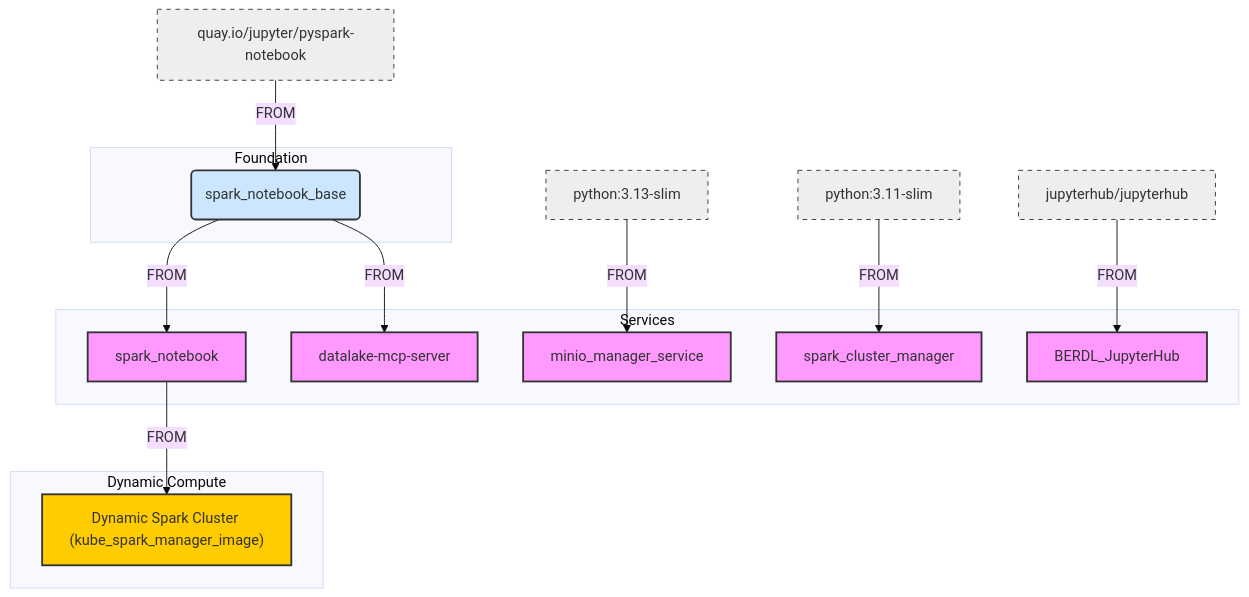
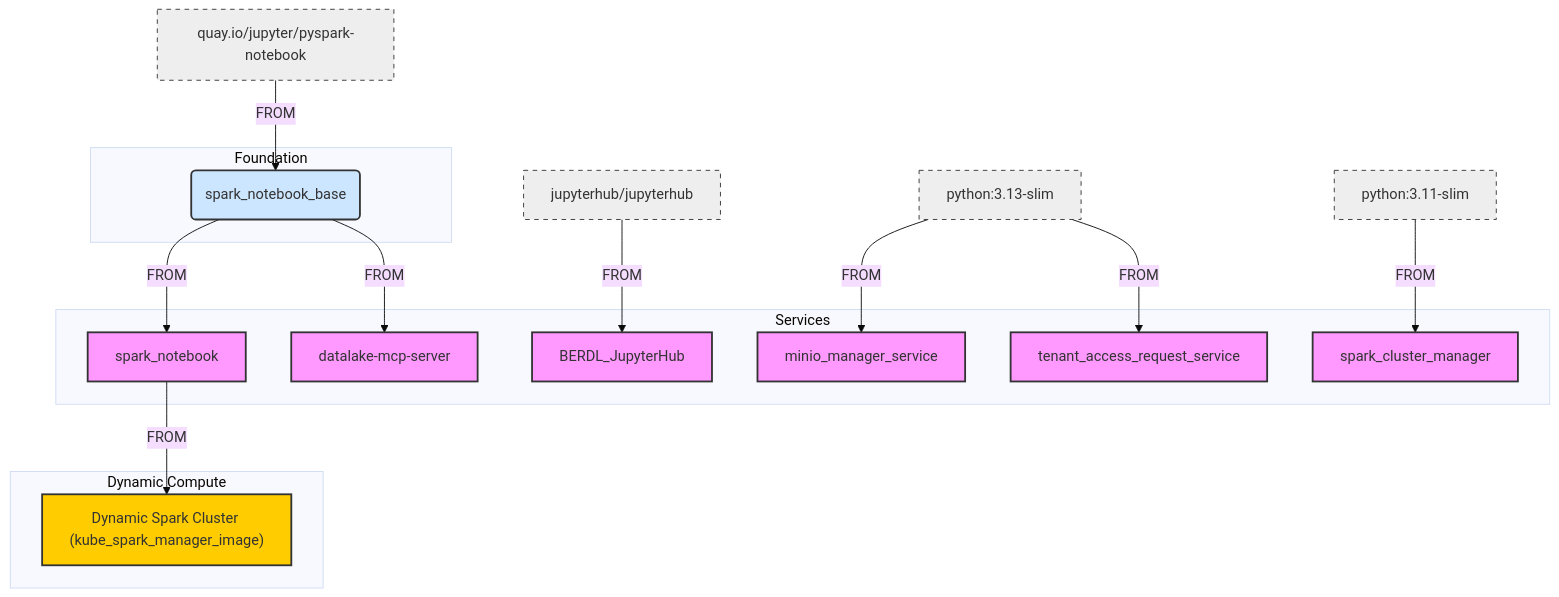
Before and after one commit to BERDataLakehouse/berdl_docs: the second of 3 diagrams in README.md, drawn with Mermaid (base theme). The commit also changed other lines of this file and 3 other files, not shown here.

````diff
--- a/README.md
+++ b/README.md
@@ -88,50 +100,52 @@
 ```mermaid
 graph TD
     %% Base Images
     JQ[quay.io/jupyter/pyspark-notebook]
     PUB_JH[jupyterhub/jupyterhub]
     PY313[python:3.13-slim]
     PY311[python:3.11-slim]
 
     %% Internal Base
     subgraph Foundation
         id1(spark_notebook_base)
     end
 
     %% Services
     subgraph Services
         NB[spark_notebook]
         MCP[datalake-mcp-server]
         MMS[minio_manager_service]
         SCM[spark_cluster_manager]
         JH[BERDL_JupyterHub]
+        TAS[tenant_access_request_service]
     end
 
     %% Dynamic Compute
     subgraph DynamicCompute ["Dynamic Compute"]
         DYNC["Dynamic Spark Cluster (kube_spark_manager_image)"]
     end
 
     %% Relations
     JQ -->|FROM| id1
     
     id1 -->|FROM| NB
     id1 -->|FROM| MCP
     
     NB -->|FROM| DYNC
     
     PUB_JH -->|FROM| JH
     PY313 -->|FROM| MMS
+    PY313 -->|FROM| TAS
     PY311 -->|FROM| SCM
     
     %% Styling
     classDef external fill:#eee,stroke:#333,stroke-dasharray: 5 5;
     classDef internal fill:#cce6ff,stroke:#333,stroke-width:2px;
     classDef service fill:#f9f,stroke:#333,stroke-width:2px;
     classDef compute fill:#ffcc00,stroke:#333,stroke-width:2px;
 
     class JQ,PUB_JH,PY313,PY311 external;
     class id1 internal;
-    class NB,MCP,MMS,SCM,JH service;
+    class NB,MCP,MMS,SCM,JH,TAS service;
     class DYNC compute;
 ```
````
